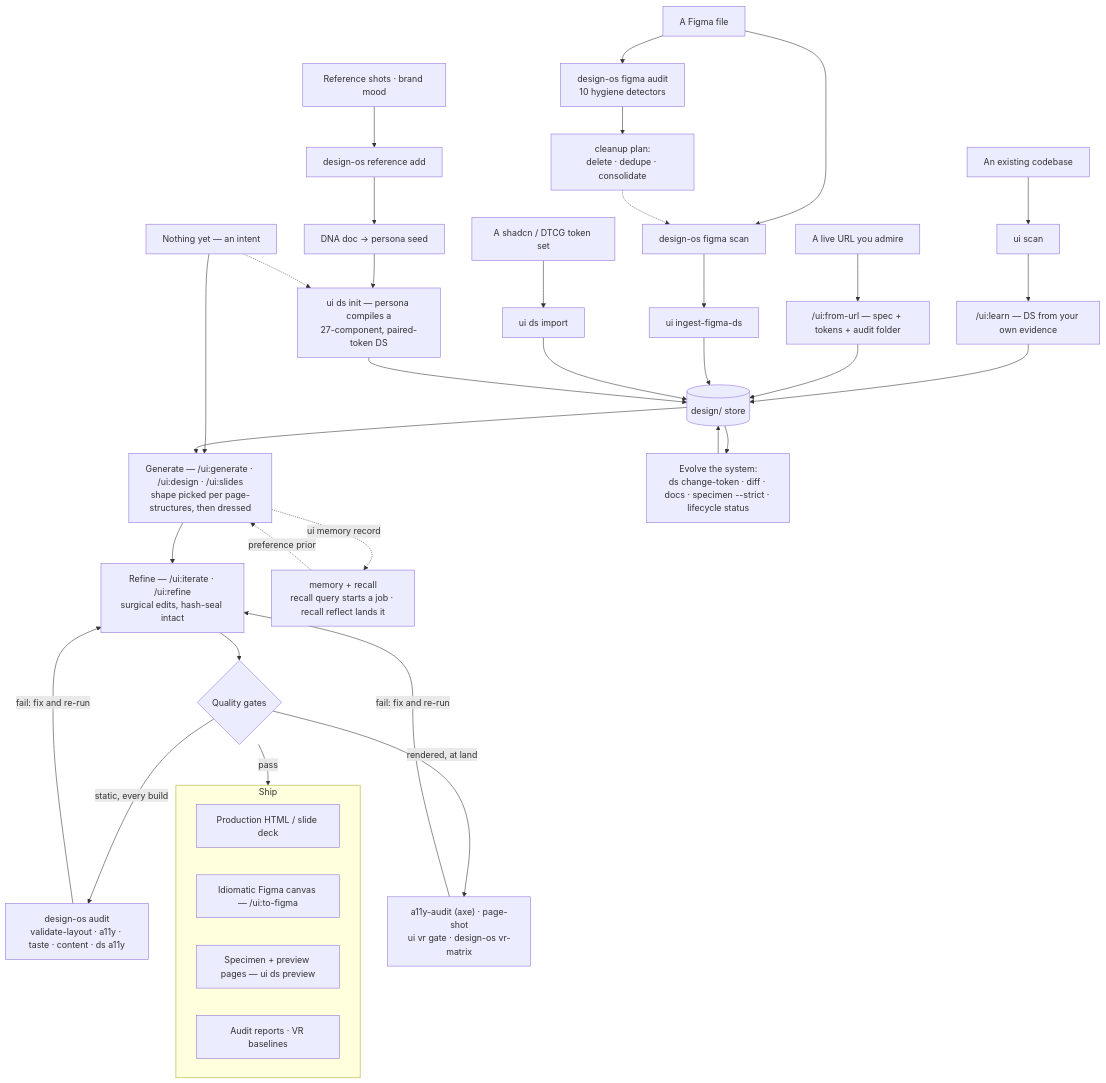
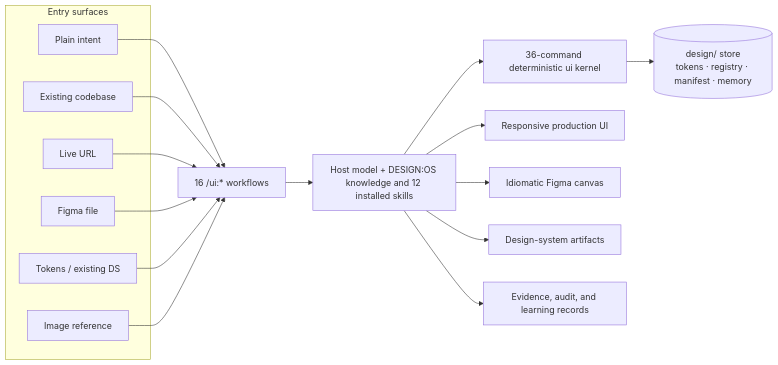
One commit to jangtrinh/design-os changed the second of 2 diagrams in README.md. Above: the diagram before and after it, drawn with Mermaid. The commit also changed other lines of this file and 3 other files, not shown here.

````diff
--- a/README.md
+++ b/README.md
@@ -530,30 +532,24 @@
 ```mermaid
-flowchart TD
-    E1["Nothing yet — an intent"] --> GEN
-    E2["An existing codebase"] --> SCAN["ui scan"] --> LEARN["/ui:learn — DS from your own evidence"] --> STORE
-    E3["A live URL you admire"] --> FURL["/ui:from-url — spec + tokens + audit folder"] --> STORE
-    E4["A Figma file"] --> FSTAT["design-os figma scan"] --> ING["ui ingest-figma-ds"] --> STORE
-    E4 --> FAUD["design-os figma audit<br/>10 hygiene detectors"] --> CLEAN["cleanup plan:<br/>delete · dedupe · consolidate"] -.-> FSTAT
-    E5["A shadcn / DTCG token set"] --> IMP["ui ds import"] --> STORE
-    E6["Reference shots · brand mood"] --> RADD["design-os reference add"] --> DNA["DNA doc → persona seed"] --> DSINIT
-    E1 -.-> DSINIT["ui ds init — persona compiles a<br/>27-component, paired-token DS"]
-    DSINIT --> STORE[("design/ store")]
-    STORE --> GEN["Generate — /ui:generate · /ui:design · /ui:slides<br/>shape picked per page-structures, then dressed"]
-    GEN --> IT["Refine — /ui:iterate · /ui:refine<br/>surgical edits, hash-seal intact"]
-    IT --> GATES{"Quality gates"}
-    GATES -- static, every build --> SG["design-os audit<br/>validate-layout · a11y · taste · content · ds a11y"]
-    GATES -- rendered, at land --> RG["a11y-audit (axe) · page-shot<br/>ui vr gate · design-os vr-matrix"]
-    SG -- fail: fix and re-run --> IT
-    RG -- fail: fix and re-run --> IT
-    GATES -- pass --> SHIP
-    subgraph SHIP["Ship"]
-      O1["Production HTML / slide deck"]
-      O2["Idiomatic Figma canvas — /ui:to-figma"]
-      O3["Specimen + preview pages — ui ds preview"]
-      O4["Audit reports · VR baselines"]
+flowchart LR
+    subgraph IN["Entry surfaces"]
+      E1["Plain intent"]
+      E2["Existing codebase"]
+      E3["Live URL"]
+      E4["Figma file"]
+      E5["Tokens / existing DS"]
+      E6["Image reference"]
     end
-    GEN -. "ui memory record" .-> MEM["memory + recall<br/>recall query starts a job · recall reflect lands it"]
-    MEM -. "preference prior" .-> GEN
-    STORE --> OPS["Evolve the system:<br/>ds change-token · diff · docs · specimen --strict · lifecycle status"]
-    OPS --> STORE
+    E1 --> W["16 /ui:* workflows"]
+    E2 --> W
+    E3 --> W
+    E4 --> W
+    E5 --> W
+    E6 --> W
+    W --> H["Host model + DESIGN:OS knowledge and 12 installed skills"]
+    H --> K["36-command deterministic ui kernel"]
+    H --> O1["Responsive production UI"]
+    H --> O2["Idiomatic Figma canvas"]
+    H --> O3["Design-system artifacts"]
+    H --> O4["Evidence, audit, and learning records"]
+    K --> DS[("design/ store<br/>tokens · registry · manifest · memory")]
 ```
````
